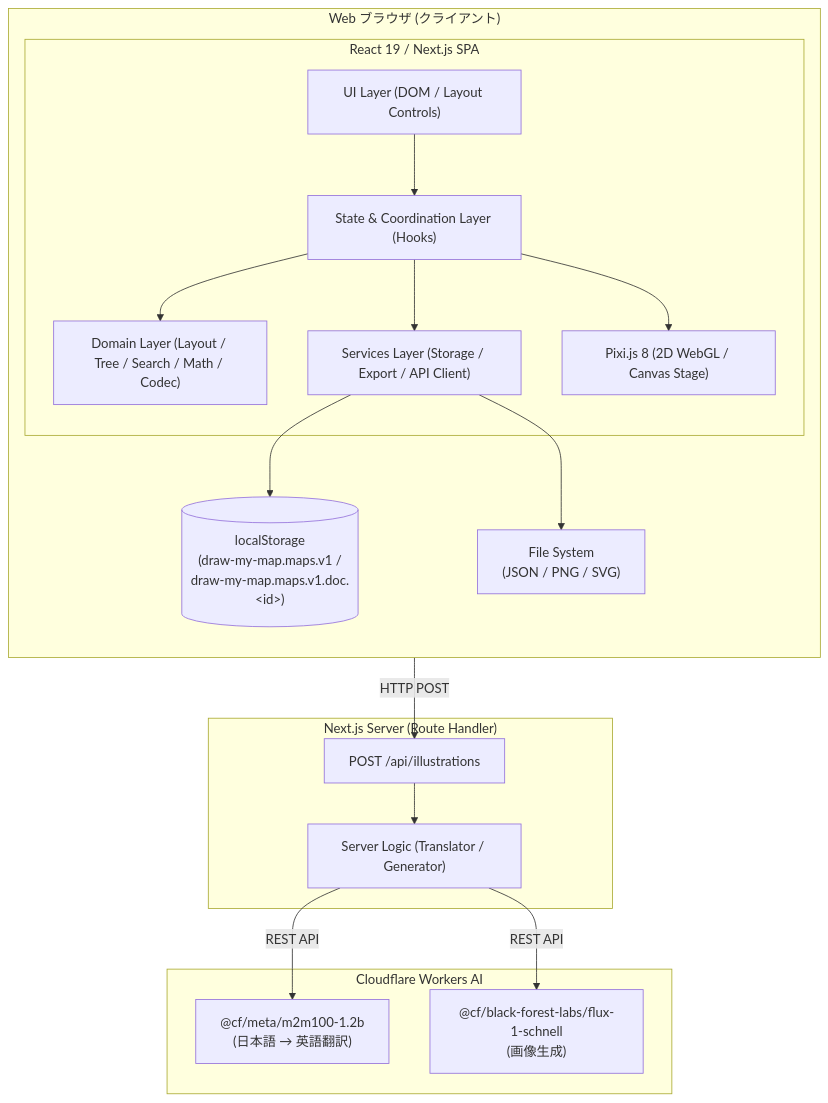
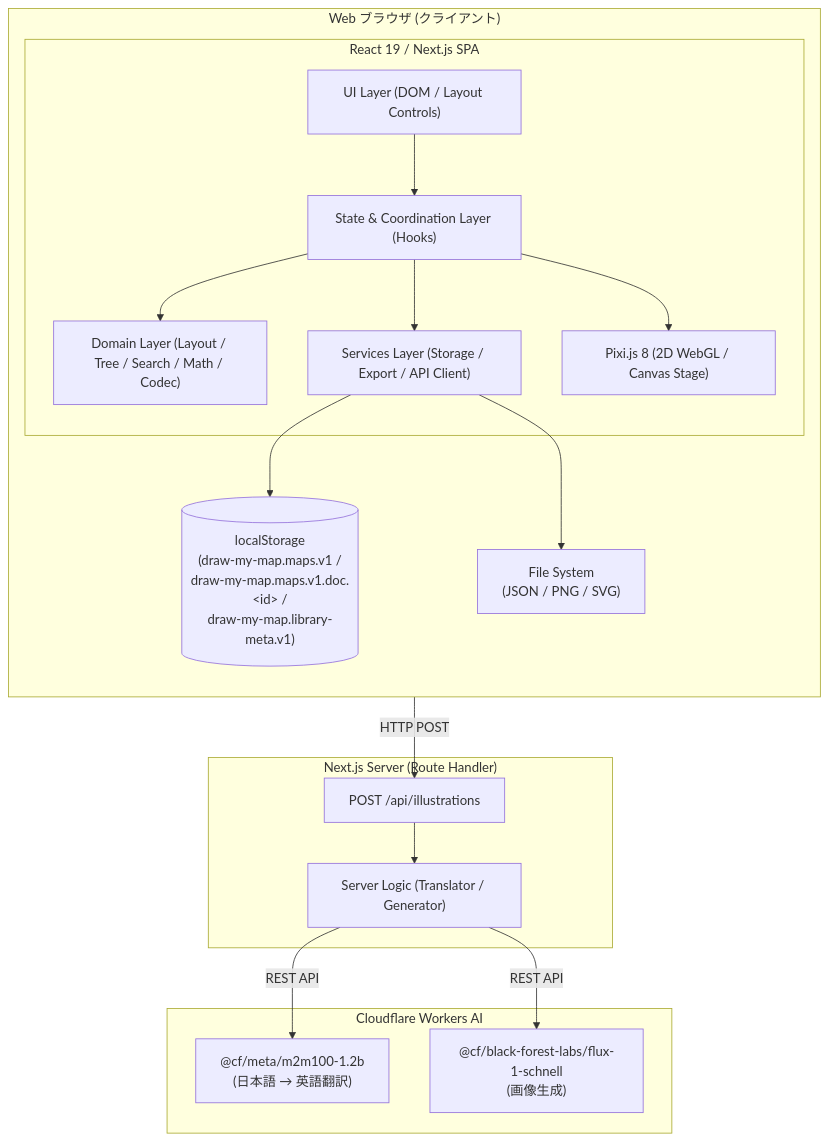
Before and after one commit to poteto317/draw-my-map: the first of 8 diagrams in docs/architecture/overview.md, drawn with Mermaid. The commit also changed other lines of this file and 9 other files, not shown here.

Commit message:
docs: Phase 19（複数マップの検索とリンク）の設計・プラン・仕様・手順書・ROADMAP を更新する

````diff
--- a/docs/architecture/overview.md
+++ b/docs/architecture/overview.md
@@ -16,37 +16,37 @@
 ```mermaid
 graph TD
     subgraph Browser ["Web ブラウザ (クライアント)"]
         direction TB
         subgraph ReactApp ["React 19 / Next.js SPA"]
             UI["UI Layer (DOM / Layout Controls)"]
             State["State & Coordination Layer (Hooks)"]
             Services["Services Layer (Storage / Export / API Client)"]
             Domain["Domain Layer (Layout / Tree / Search / Math / Codec)"]
             PixiApp["Pixi.js 8 (2D WebGL / Canvas Stage)"]
         end
-        LocalStorage[("localStorage<br/>(draw-my-map.maps.v1 /<br/>draw-my-map.maps.v1.doc.&lt;id&gt;)")]
+        LocalStorage[("localStorage<br/>(draw-my-map.maps.v1 /<br/>draw-my-map.maps.v1.doc.&lt;id&gt; /<br/>draw-my-map.library-meta.v1)")]
         FileIO["File System<br/>(JSON / PNG / SVG)"]
     end
 
     subgraph Server ["Next.js Server (Route Handler)"]
         RouteHandler["POST /api/illustrations"]
         ServerDomain["Server Logic (Translator / Generator)"]
     end
 
     subgraph Cloudflare ["Cloudflare Workers AI"]
         TranslationModel["@cf/meta/m2m100-1.2b<br/>(日本語 → 英語翻訳)"]
         ImageModel["@cf/black-forest-labs/flux-1-schnell<br/>(画像生成)"]
     end
 
     UI --> State
     State --> Domain
     State --> Services
     State --> PixiApp
     Services --> LocalStorage
     Services --> FileIO
     Services -->|HTTP POST| RouteHandler
 
     RouteHandler --> ServerDomain
     ServerDomain -->|REST API| TranslationModel
     ServerDomain -->|REST API| ImageModel
 ```
````
